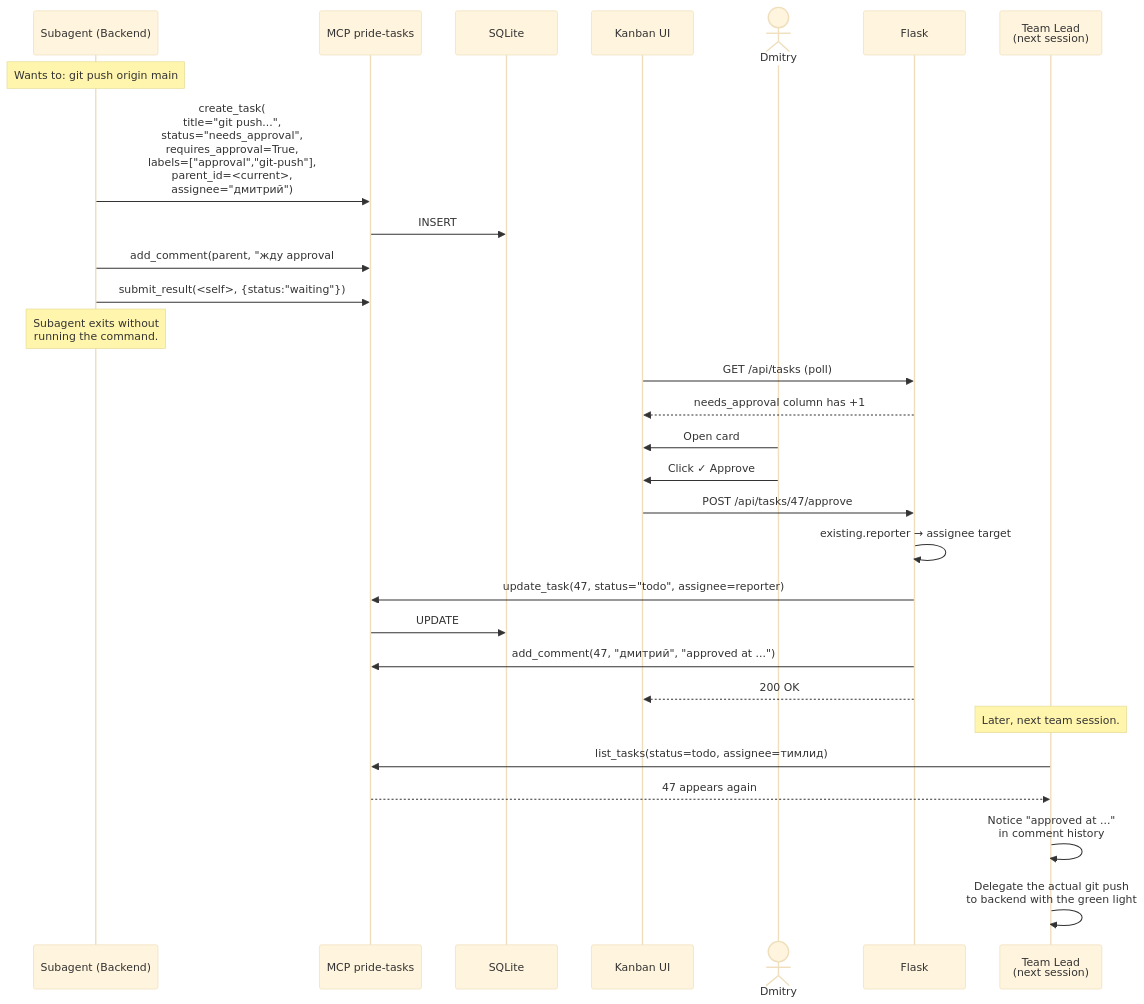
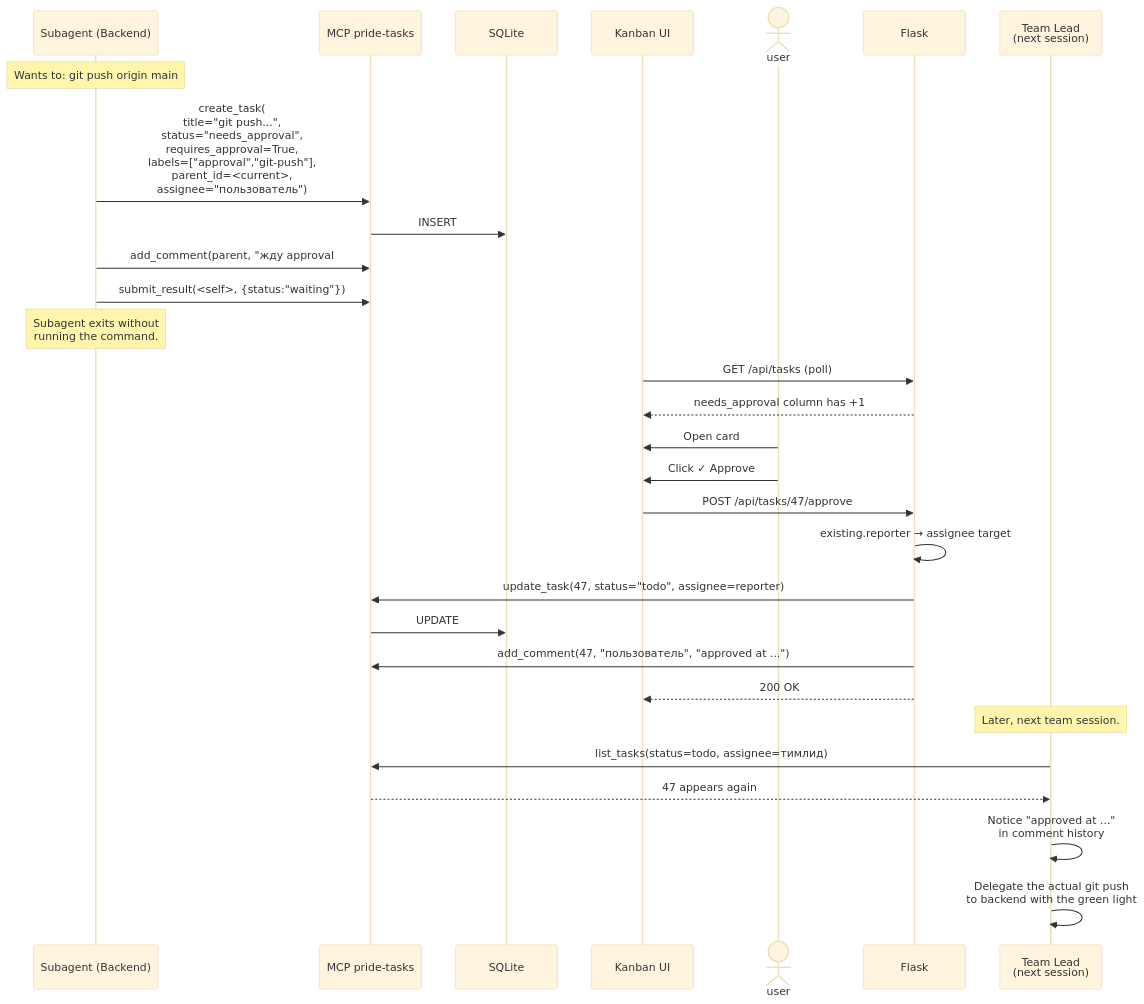
One commit to rdm9x/devboard changed the fourth of 4 diagrams in ARCHITECTURE.md. Above: the diagram before and after it, drawn with Mermaid (base theme). The commit also changed other lines of this file and 33 other files, not shown here.

First line of the commit message:
chore: anonymize personal references (Дмитрий → пользователь, email → rdm9@list.ru)

````diff
--- a/ARCHITECTURE.md
+++ b/ARCHITECTURE.md
@@ -335,35 +335,35 @@
 ```mermaid
 sequenceDiagram
     participant S as Subagent (Backend)
     participant M as MCP pride-tasks
     participant DB as SQLite
     participant UI as Kanban UI
-    actor U as Dmitry
+    actor U as user
     participant F as Flask
     participant L as Team Lead<br/>(next session)
 
     Note over S: Wants to: git push origin main
-    S->>M: create_task(<br/>  title="git push...",<br/>  status="needs_approval",<br/>  requires_approval=True,<br/>  labels=["approval","git-push"],<br/>  parent_id=<current>,<br/>  assignee="дмитрий")
+    S->>M: create_task(<br/>  title="git push...",<br/>  status="needs_approval",<br/>  requires_approval=True,<br/>  labels=["approval","git-push"],<br/>  parent_id=<current>,<br/>  assignee="пользователь")
     M->>DB: INSERT
     S->>M: add_comment(parent, "жду approval #47")
     S->>M: submit_result(<self>, {status:"waiting"})
     Note over S: Subagent exits without<br/>running the command.
 
     UI->>F: GET /api/tasks (poll)
     F-->>UI: needs_approval column has +1
     U->>UI: Open card #47
     U->>UI: Click ✓ Approve
 
     UI->>F: POST /api/tasks/47/approve
     F->>F: existing.reporter → assignee target
     F->>M: update_task(47, status="todo", assignee=reporter)
     M->>DB: UPDATE
-    F->>M: add_comment(47, "дмитрий", "approved at ...")
+    F->>M: add_comment(47, "пользователь", "approved at ...")
     F-->>UI: 200 OK
 
     Note over L: Later, next team session.
     L->>M: list_tasks(status=todo, assignee=тимлид)
     M-->>L: 47 appears again
     L->>L: Notice "approved at ..."<br/>in comment history
     L->>L: Delegate the actual git push<br/>to backend with the green light
 ```
````
